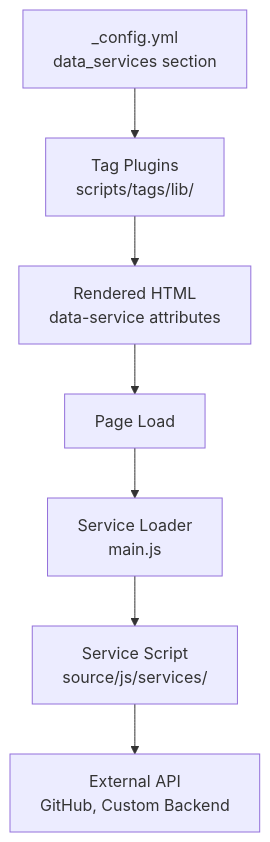
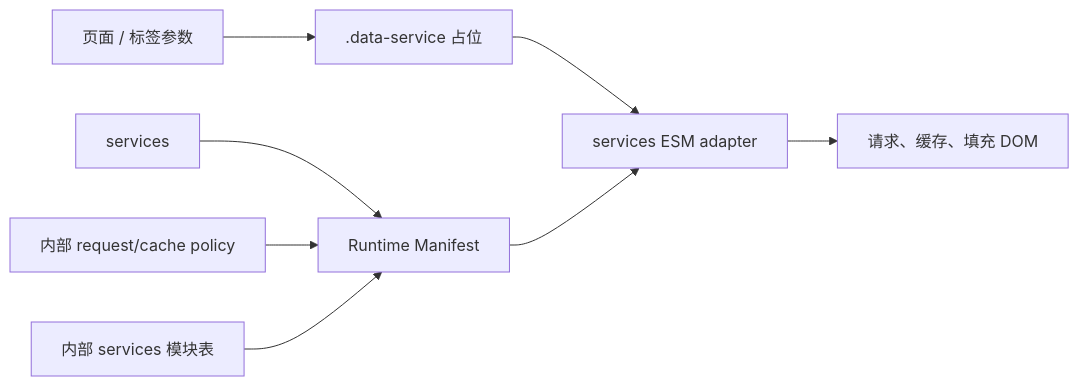
One commit to xaoxuu/hexo-theme-stellar changed the diagram in docs/knowledge/06-数据服务与组件/data-widgets-overview.md. Above: the diagram before and after it, drawn with Mermaid. The commit also changed other lines of this file and 861 other files, not shown here.

````diff
--- a/docs/knowledge/06-数据服务与组件/data-widgets-overview.md
+++ b/docs/knowledge/06-数据服务与组件/data-widgets-overview.md
@@ -47,17 +14,10 @@
 ```mermaid
-graph TB
-  Config["_config.yml\ndata_services section"]
-  TagPlugin["Tag Plugins\nscripts/tags/lib/"]
-  HTML["Rendered HTML\ndata-service attributes"]
-  PageLoad["Page Load"]
-  ServiceLoader["Service Loader\nmain.js"]
-  ServiceScript["Service Script\nsource/js/services/"]
-  APICall["External API\nGitHub, Custom Backend"]
-  
-  Config --> TagPlugin
-  TagPlugin --> HTML
-  HTML --> PageLoad
-  PageLoad --> ServiceLoader
-  ServiceLoader --> ServiceScript
-  ServiceScript --> APICall
+flowchart LR
+  INPUT["页面 / 标签参数"] --> PLACEHOLDER[".data-service 占位"]
+  CONFIG["services"] --> CONTEXT["Runtime Manifest"]
+  POLICY["内部 request/cache policy"] --> CONTEXT
+  ASSETS["内部 services 模块表"] --> CONTEXT
+  PLACEHOLDER --> RUNTIME["services ESM adapter"]
+  CONTEXT --> RUNTIME
+  RUNTIME --> OUTPUT["请求、缓存、填充 DOM"]
 ```
````
